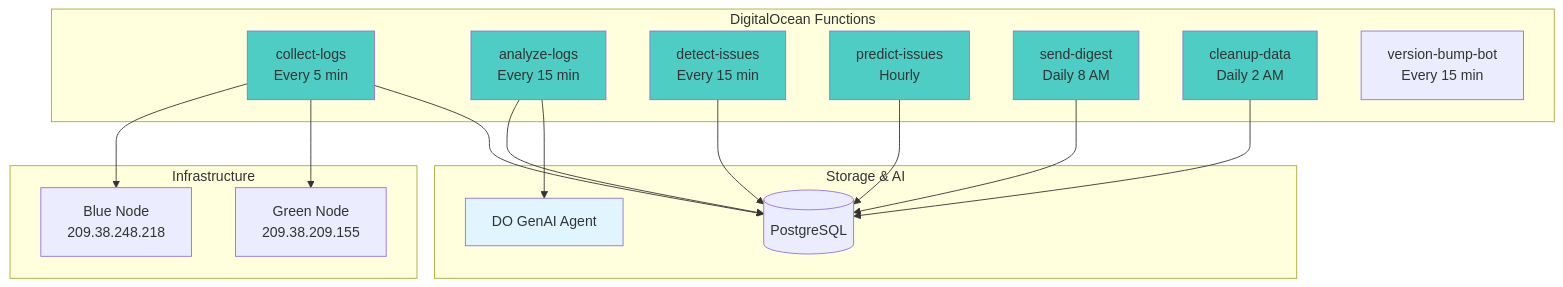
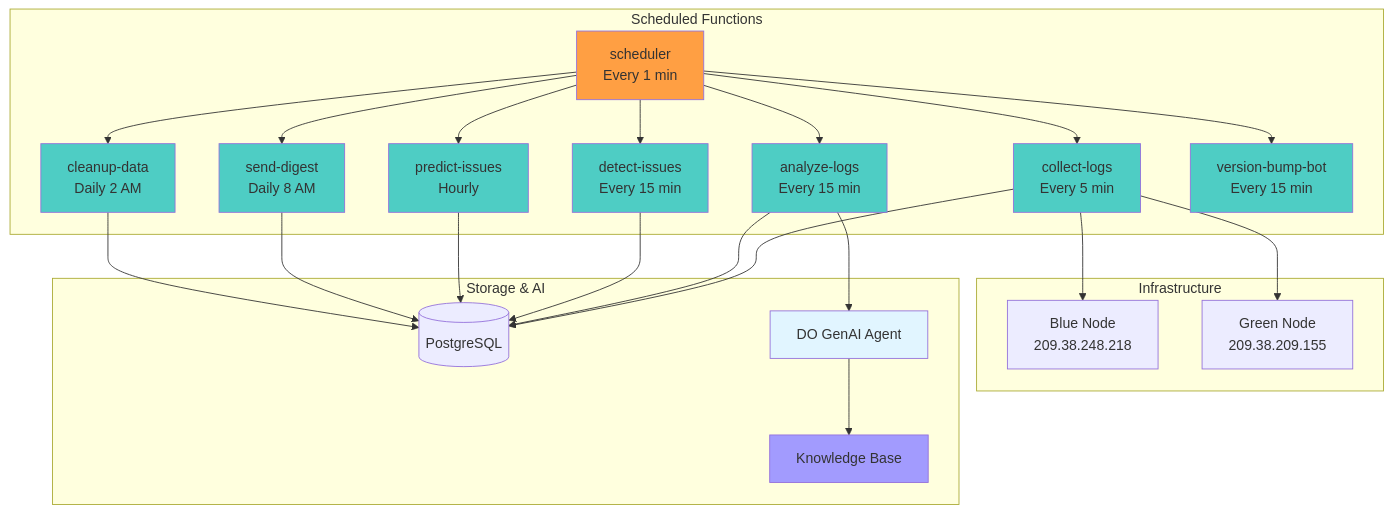
Before and after one commit to MikeBild/fleexstack-monitoring: the diagram in docs/README.md, drawn with Mermaid. The commit also changed other lines of this file and 5 other files, not shown here.

````diff
--- a/docs/README.md
+++ b/docs/README.md
@@ -7,40 +23,54 @@
 ```mermaid
 graph TB
-    subgraph "DigitalOcean Functions"
+    subgraph "Scheduled Functions"
+        SCH[scheduler<br/>Every 1 min]
         CL[collect-logs<br/>Every 5 min]
         AL[analyze-logs<br/>Every 15 min]
         DI[detect-issues<br/>Every 15 min]
         PI[predict-issues<br/>Hourly]
         SD[send-digest<br/>Daily 8 AM]
         CD[cleanup-data<br/>Daily 2 AM]
         VB[version-bump-bot<br/>Every 15 min]
     end
 
     subgraph "Infrastructure"
         Blue[Blue Node<br/>209.38.248.218]
         Green[Green Node<br/>209.38.209.155]
     end
 
     subgraph "Storage & AI"
         DB[(PostgreSQL)]
         GenAI[DO GenAI Agent]
+        KB[Knowledge Base]
     end
+
+    SCH --> CL
+    SCH --> AL
+    SCH --> DI
+    SCH --> PI
+    SCH --> SD
+    SCH --> CD
+    SCH --> VB
 
     CL --> Blue
     CL --> Green
     CL --> DB
     AL --> DB
     AL --> GenAI
+    GenAI --> KB
     DI --> DB
     PI --> DB
     SD --> DB
     CD --> DB
 
+    style SCH fill:#ff9f43
     style CL fill:#4ecdc4
     style AL fill:#4ecdc4
     style DI fill:#4ecdc4
     style PI fill:#4ecdc4
     style SD fill:#4ecdc4
     style CD fill:#4ecdc4
+    style VB fill:#4ecdc4
     style GenAI fill:#e1f5ff
+    style KB fill:#a29bfe
 ```
````
